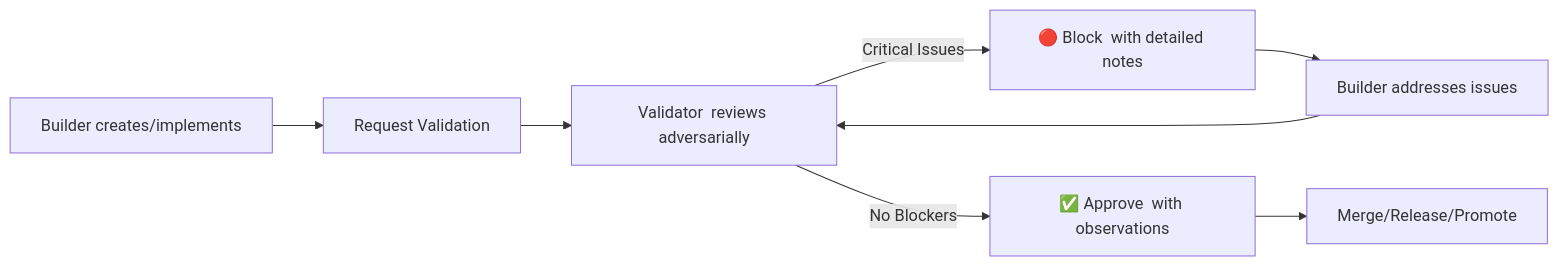
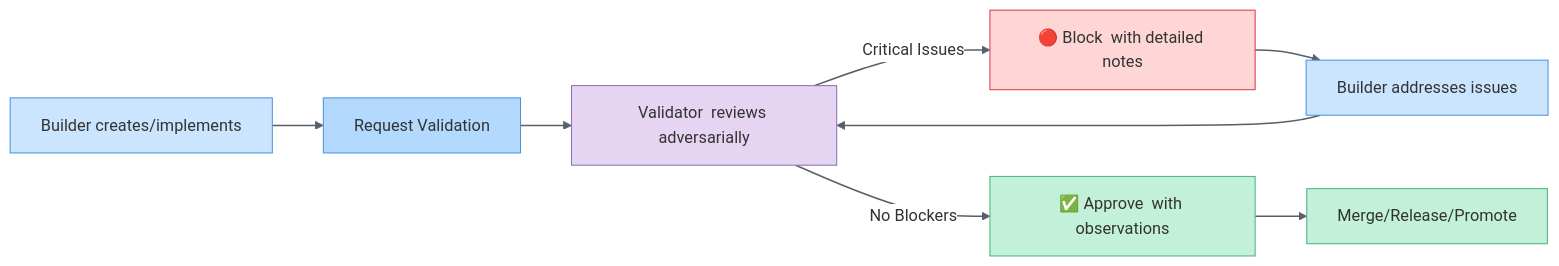
One commit to fabioc-aloha/Alex_Plug_In changed the first of 2 diagrams in .github/instructions/adversarial-oversight.instructions.md. Above: the diagram before and after it, drawn with Mermaid. The commit also changed other lines of this file, not shown here.

First line of the commit message:
style: apply Fishbowl Pastel palette to adversarial-oversight diagrams

````diff
--- a/.github/instructions/adversarial-oversight.instructions.md
+++ b/.github/instructions/adversarial-oversight.instructions.md
@@ -79,10 +79,21 @@
 ```mermaid
+%%{init: {'theme': 'base', 'themeVariables': { 'primaryColor': '#cce5ff', 'primaryTextColor': '#333', 'lineColor': '#666', 'edgeLabelBackground': '#fff'}}}%%
 flowchart LR
     BUILD["Builder  creates/implements"] --> REQUEST["Request  Validation"]
     REQUEST --> VALIDATOR["Validator  reviews adversarially"]
     VALIDATOR -->|Critical Issues| BLOCK["🔴 Block  with detailed notes"]
     VALIDATOR -->|No Blockers| APPROVE["✅ Approve  with observations"]
     BLOCK --> FIX["Builder  addresses issues"]
     FIX --> VALIDATOR
     APPROVE --> MERGE["Merge/Release/Promote"]
+    
+    style BUILD fill:#cce5ff,stroke:#4a90d9,color:#333
+    style REQUEST fill:#b3d9ff,stroke:#4a90d9,color:#333
+    style VALIDATOR fill:#e6d5f2,stroke:#8b6eb3,color:#333
+    style BLOCK fill:#ffd6d6,stroke:#d73a49,color:#333
+    style APPROVE fill:#c2f0d8,stroke:#4db37d,color:#333
+    style FIX fill:#cce5ff,stroke:#4a90d9,color:#333
+    style MERGE fill:#c2f0d8,stroke:#4db37d,color:#333
+    
+    linkStyle default stroke:#57606a,stroke-width:1.5px
 ```
````
